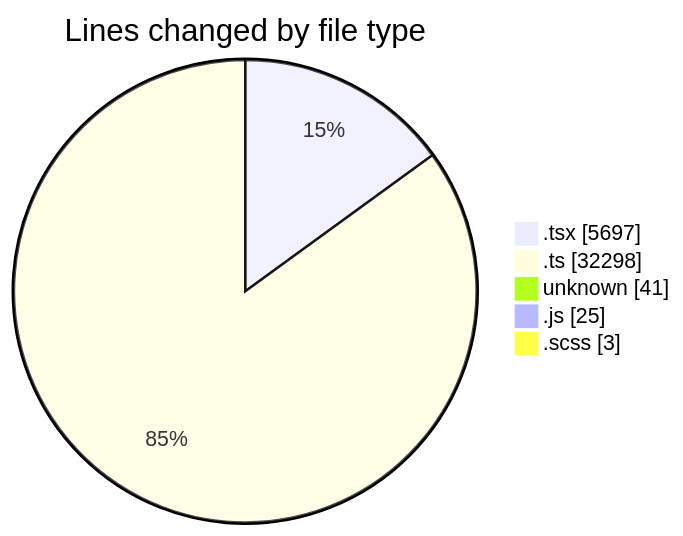
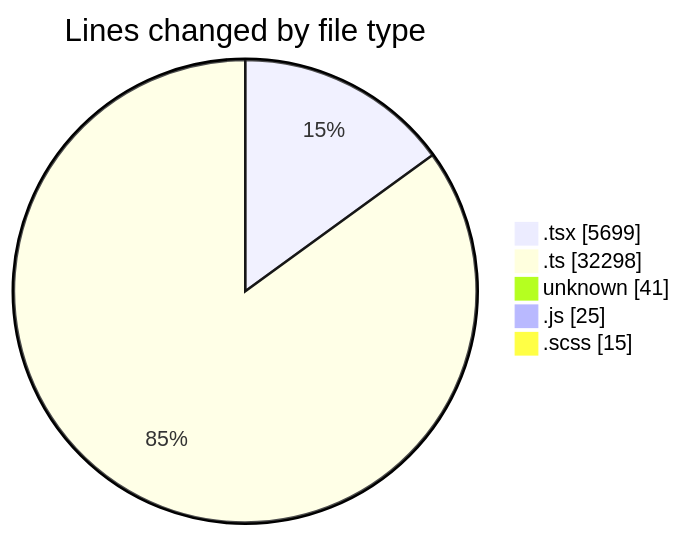
One commit to momahboobian/code-tracking changed the first of 2 diagrams in 2025-07-07/cda/README.md. Above: the diagram before and after it, drawn with Mermaid. The commit also changed other lines of this file and 1 other file, not shown here.

````diff
--- a/2025-07-07/cda/README.md
+++ b/2025-07-07/cda/README.md
@@ -38,9 +38,9 @@
 ```mermaid
 pie showData
 title Lines changed by file type
-".tsx" : 5697
+".tsx" : 5699
 ".ts" : 32298
 "unknown" : 41
 ".js" : 25
-".scss" : 3
+".scss" : 15
 ```
````
